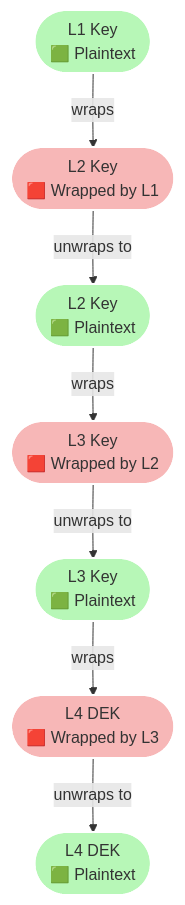
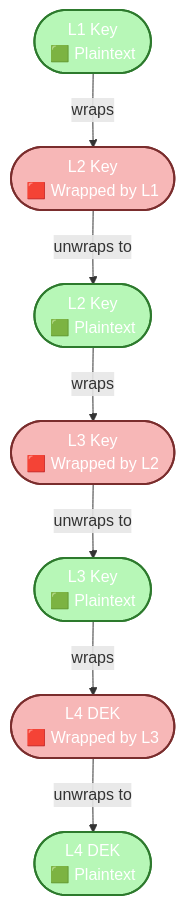
Before and after one commit to openkcm/documentation: the first of 2 diagrams in adr/2025-11-27-keychain.md, drawn with Mermaid.

Commit message:
docs: updated the collor of classDef in mermaid digram

````diff
--- a/adr/2025-11-27-keychain.md
+++ b/adr/2025-11-27-keychain.md
@@ -156,24 +156,24 @@
 ```mermaid
 flowchart TD
 
     %% Definitions
     L1_plaintext([L1 Key<br/>🟩 Plaintext]):::green
     L2_ciphertext([L2 Key<br/>🟥 Wrapped by L1]):::red
     L2_plaintext([L2 Key<br/>🟩 Plaintext]):::green
     L3_ciphertext([L3 Key<br/>🟥 Wrapped by L2]):::red
     L3_plaintext([L3 Key<br/>🟩 Plaintext]):::green
     L4_plaintext([L4 DEK<br/>🟩 Plaintext]):::green
     L4_ciphertext([L4 DEK<br/>🟥 Wrapped by L3]):::red
 
     %% Flow
     L1_plaintext -->|wraps| L2_ciphertext
     L2_ciphertext -->|unwraps to| L2_plaintext
     L2_plaintext -->|wraps| L3_ciphertext
     L3_ciphertext -->|unwraps to| L3_plaintext
     L3_plaintext -->|wraps| L4_ciphertext
     L4_ciphertext -->|unwraps to| L4_plaintext
 
     %% Styles
-    classDef green fill:#b7f7b7,stroke:#ffffff,stroke-width:2px;
-    classDef red fill:#f7b7b7,stroke:#ffffff,stroke-width:2px;
+    classDef green fill:#b7f7b7,stroke:#2d7a2d,stroke-width:2px,color:#fff;
+    classDef red fill:#f7b7b7,stroke:#7a2d2d,stroke-width:2px,color:#fff;
 ```
````
